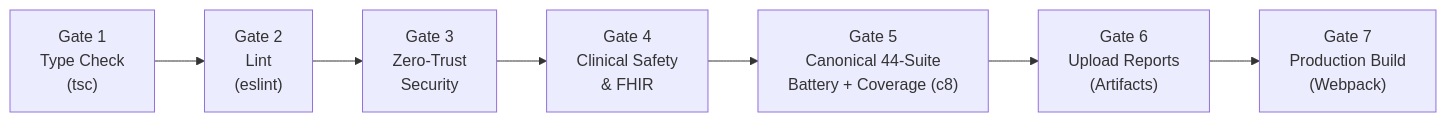
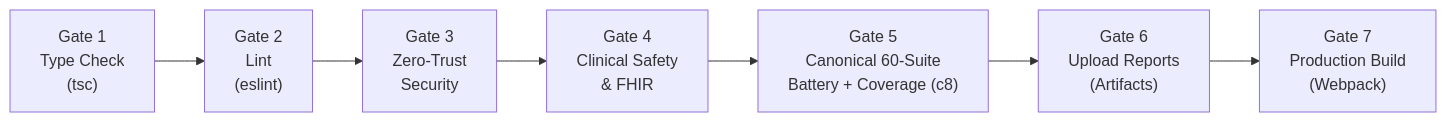
One commit to PuneethPujala/ai-medical-voice-agent changed the second of 2 diagrams in docs/TESTING.md. Above: the diagram before and after it, drawn with Mermaid. The commit also changed other lines of this file and 2 other files, not shown here.

````diff
--- a/docs/TESTING.md
+++ b/docs/TESTING.md
@@ -254,9 +257,9 @@
 ```mermaid
 flowchart LR
     G1["Gate 1\nType Check\n(tsc)"] --> G2["Gate 2\nLint\n(eslint)"]
     G2 --> G3["Gate 3\nZero-Trust\nSecurity"]
     G3 --> G4["Gate 4\nClinical Safety\n& FHIR"]
-    G4 --> G5["Gate 5\nCanonical 44-Suite\nBattery + Coverage (c8)"]
+    G4 --> G5["Gate 5\nCanonical 60-Suite\nBattery + Coverage (c8)"]
     G5 --> G6["Gate 6\nUpload Reports\n(Artifacts)"]
     G6 --> G7["Gate 7\nProduction Build\n(Webpack)"]
 ```
````
